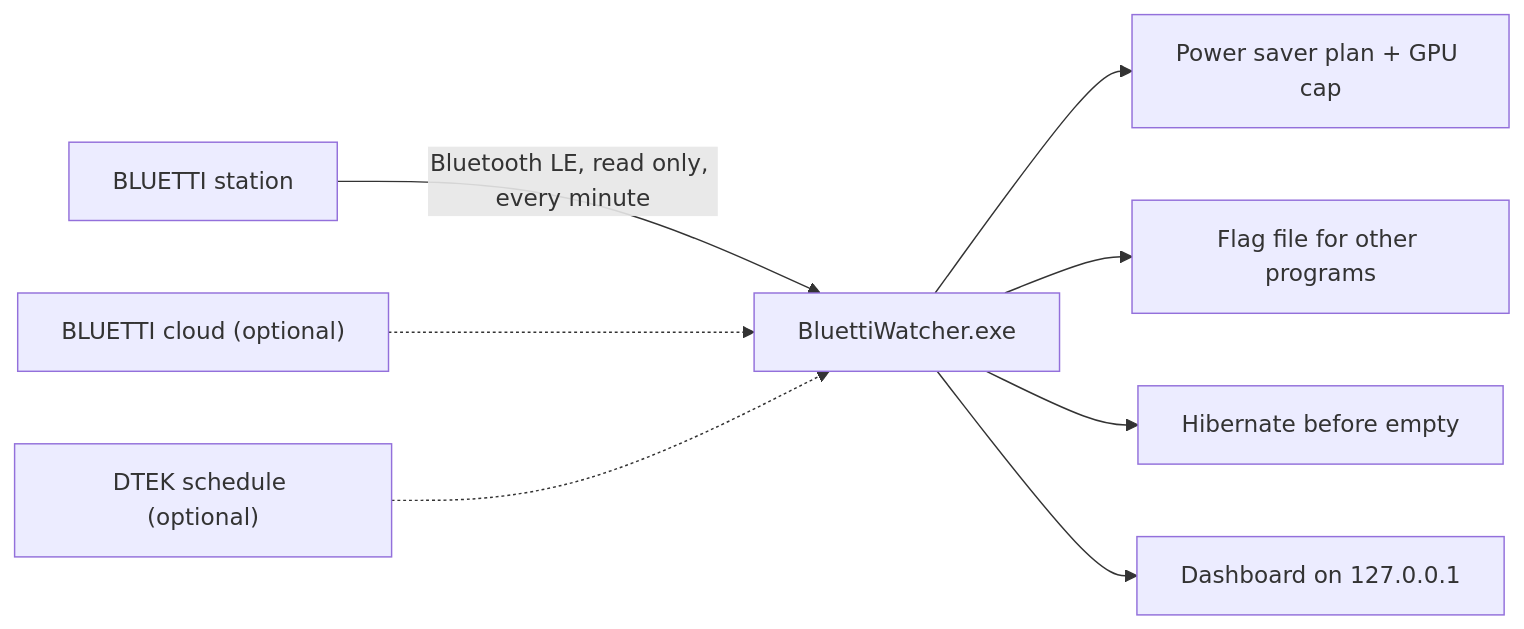
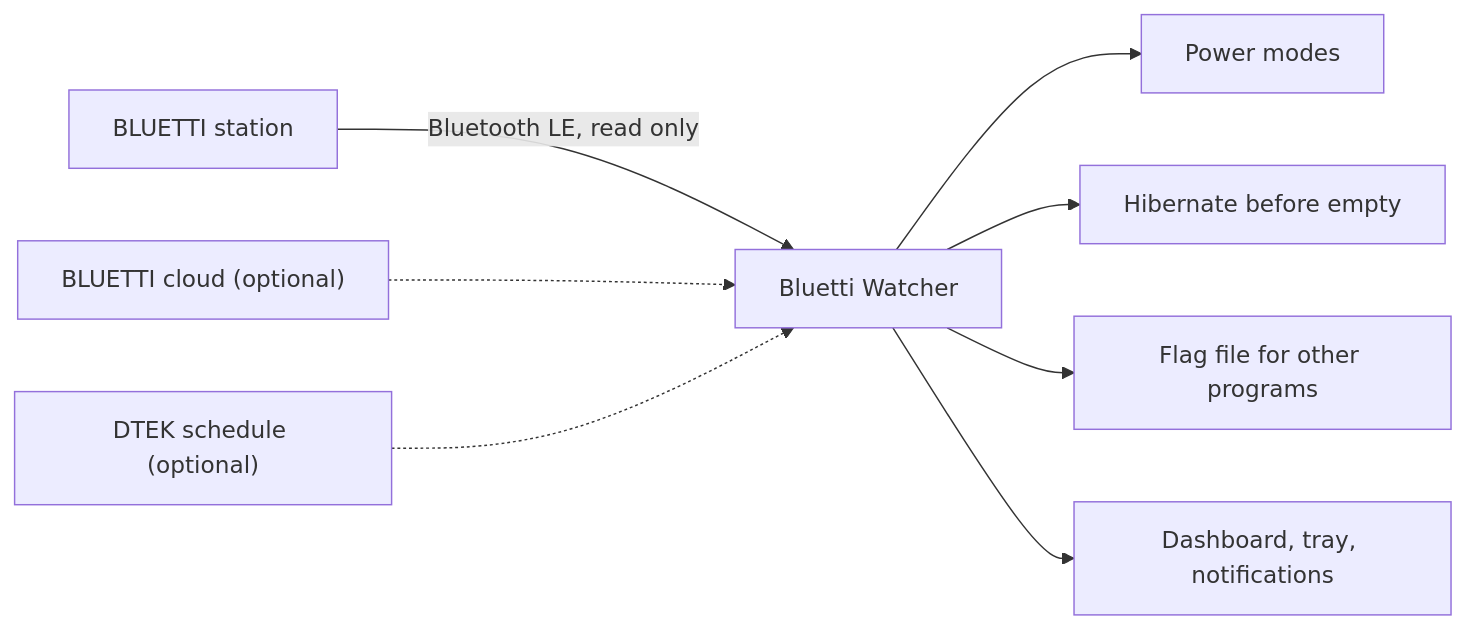
The diagram in README.md (sPYfromFranik/bluetti-watcher), drawn with Mermaid before and after one commit. The commit also changed other lines of this file and 41 other files, not shown here.

````diff
--- a/README.md
+++ b/README.md
@@ -43,10 +40,10 @@
 ```mermaid
 flowchart LR
-  S["BLUETTI station"] -- "Bluetooth LE, read only, every minute" --> W["BluettiWatcher.exe"]
+  S["BLUETTI station"] -- "Bluetooth LE, read only" --> W["Bluetti Watcher"]
   C["BLUETTI cloud (optional)"] -.-> W
   K["DTEK schedule (optional)"] -.-> W
-  W --> P["Power saver plan + GPU cap"]
+  W --> P["Power modes"]
+  W --> H["Hibernate before empty"]
   W --> F["Flag file for other programs"]
-  W --> H["Hibernate before empty"]
-  W --> D["Dashboard on 127.0.0.1"]
+  W --> D["Dashboard, tray, notifications"]
 ```
````
